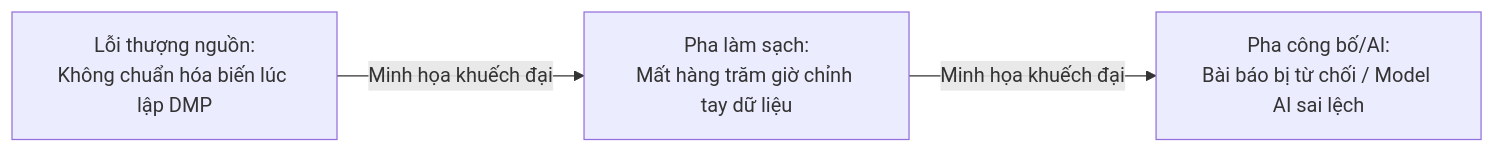
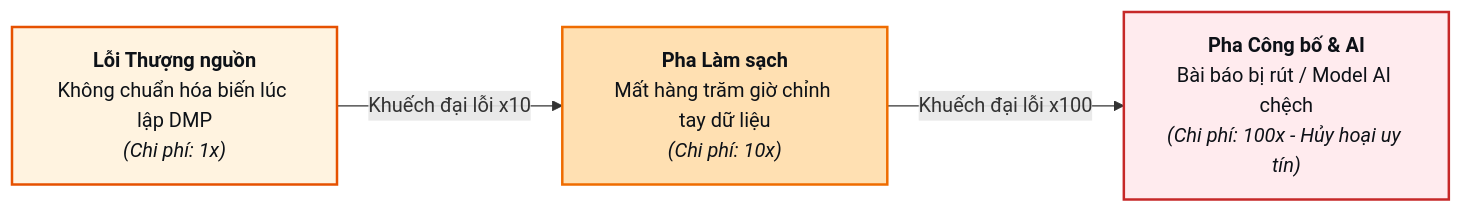
Before and after one commit to fossbk-spec/biomedical-rdm: the second of 2 diagrams in docs/chapters/ch01_overview_and_dmp.md, drawn with Mermaid. The commit also changed other lines of this file and 4 other files, not shown here.

Commit message:
docs: import redesigned diagrams and Mermaid style guide draft (unreviewed baseline)

````diff
--- a/docs/chapters/ch01_overview_and_dmp.md
+++ b/docs/chapters/ch01_overview_and_dmp.md
@@ -76,5 +86,13 @@
 ```mermaid
-graph LR
-    A["Lỗi thượng nguồn:<br/>Không chuẩn hóa biến lúc lập DMP"] -->|Minh họa khuếch đại| B["Pha làm sạch:<br/>Mất hàng trăm giờ chỉnh tay dữ liệu"]
-    B -->|Minh họa khuếch đại| C["Pha công bố/AI:<br/>Bài báo bị từ chối / Model AI sai lệch"]
+flowchart LR
+    A["<b>Lỗi Thượng nguồn</b><br/>Không chuẩn hóa biến lúc lập DMP<br/><i>(Chi phí: 1x)</i>"] -->|"Khuếch đại lỗi x10"| B["<b>Pha Làm sạch</b><br/>Mất hàng trăm giờ chỉnh tay dữ liệu<br/><i>(Chi phí: 10x)</i>"]
+    B -->|"Khuếch đại lỗi x100"| C["<b>Pha Công bố & AI</b><br/>Bài báo bị rút / Model AI chệch<br/><i>(Chi phí: 100x - Hủy hoại uy tín)</i>"]
+
+    classDef warnLow fill:#FFF3E0,stroke:#E65100,stroke-width:2px,color:#0D1117;
+    classDef warnMed fill:#FFE0B2,stroke:#EF6C00,stroke-width:2px,color:#0D1117;
+    classDef warnHigh fill:#FFEBEE,stroke:#C62828,stroke-width:2px,color:#0D1117;
+
+    class A warnLow;
+    class B warnMed;
+    class C warnHigh;
 ```
````
